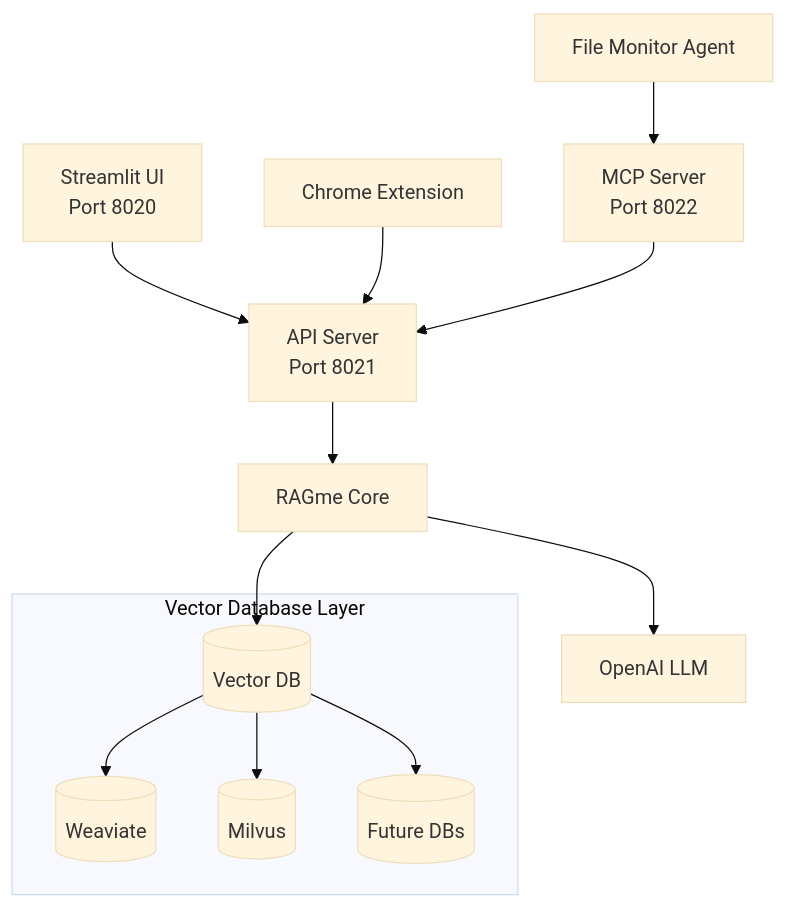
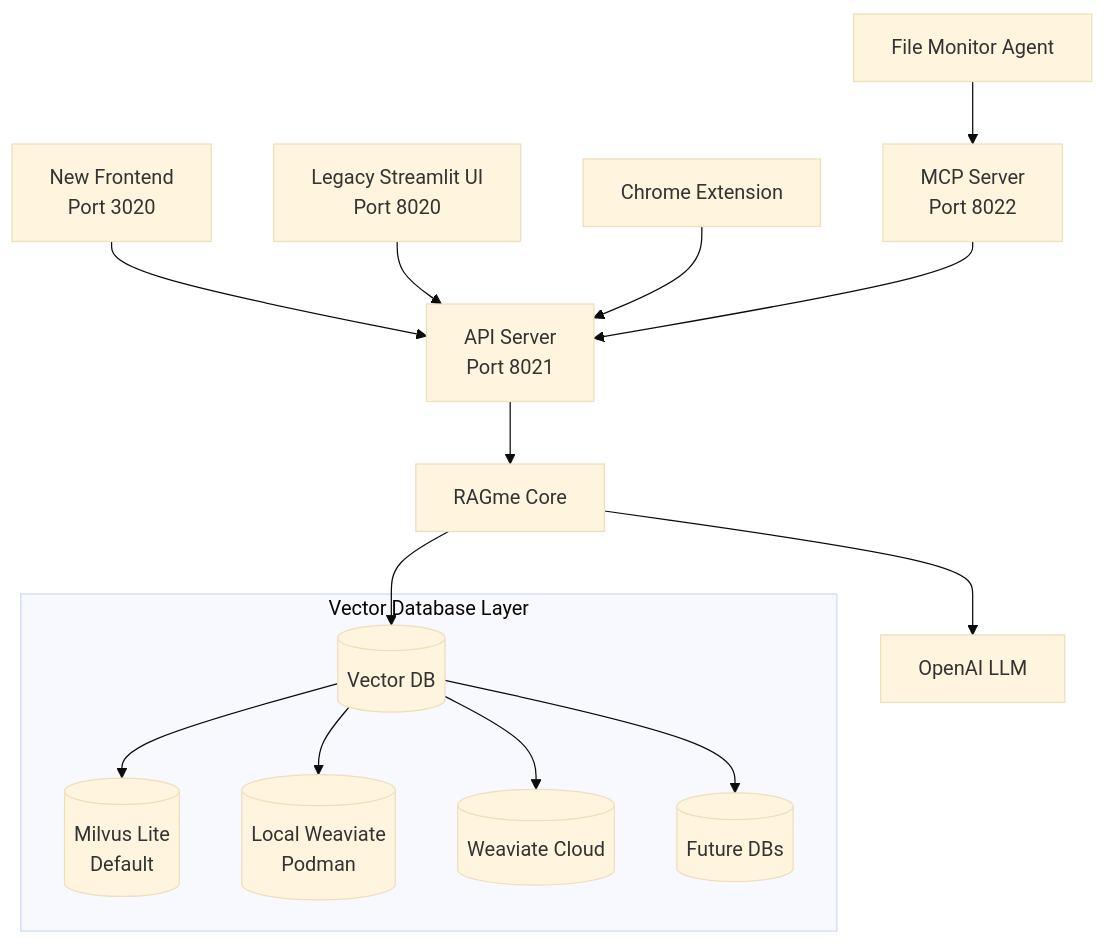
Before and after one commit to maximilien/ragme-io: the second of 3 diagrams in README.md, drawn with Mermaid (base theme). The commit also changed other lines of this file and 4791 other files, not shown here.

````diff
--- a/README.md
+++ b/README.md
@@ -249,16 +388,18 @@
 ```mermaid
 flowchart TB
-    ui[Streamlit UI<br/>Port 8020] --> api[API Server<br/>Port 8021]
+    new-ui[New Frontend<br/>Port 3020] --> api[API Server<br/>Port 8021]
+    legacy-ui[Legacy Streamlit UI<br/>Port 8020] --> api
     chrome[Chrome Extension] --> api
     agent[File Monitor Agent] --> mcp[MCP Server<br/>Port 8022]
     mcp --> api
     api --> ragme[RAGme Core]
     ragme --> vector-db[(Vector DB)]
     ragme --> openai[OpenAI LLM]
     
     subgraph "Vector Database Layer"
-        vector-db --> weaviate[(Weaviate)]
-        vector-db --> milvus[(Milvus)]
+        vector-db --> milvus[(Milvus Lite<br/>Default)]
+        vector-db --> weaviate-local[(Local Weaviate<br/>Podman)]
+        vector-db --> weaviate-cloud[(Weaviate Cloud)]
         vector-db --> future[(Future DBs)]
     end
 ```
````
